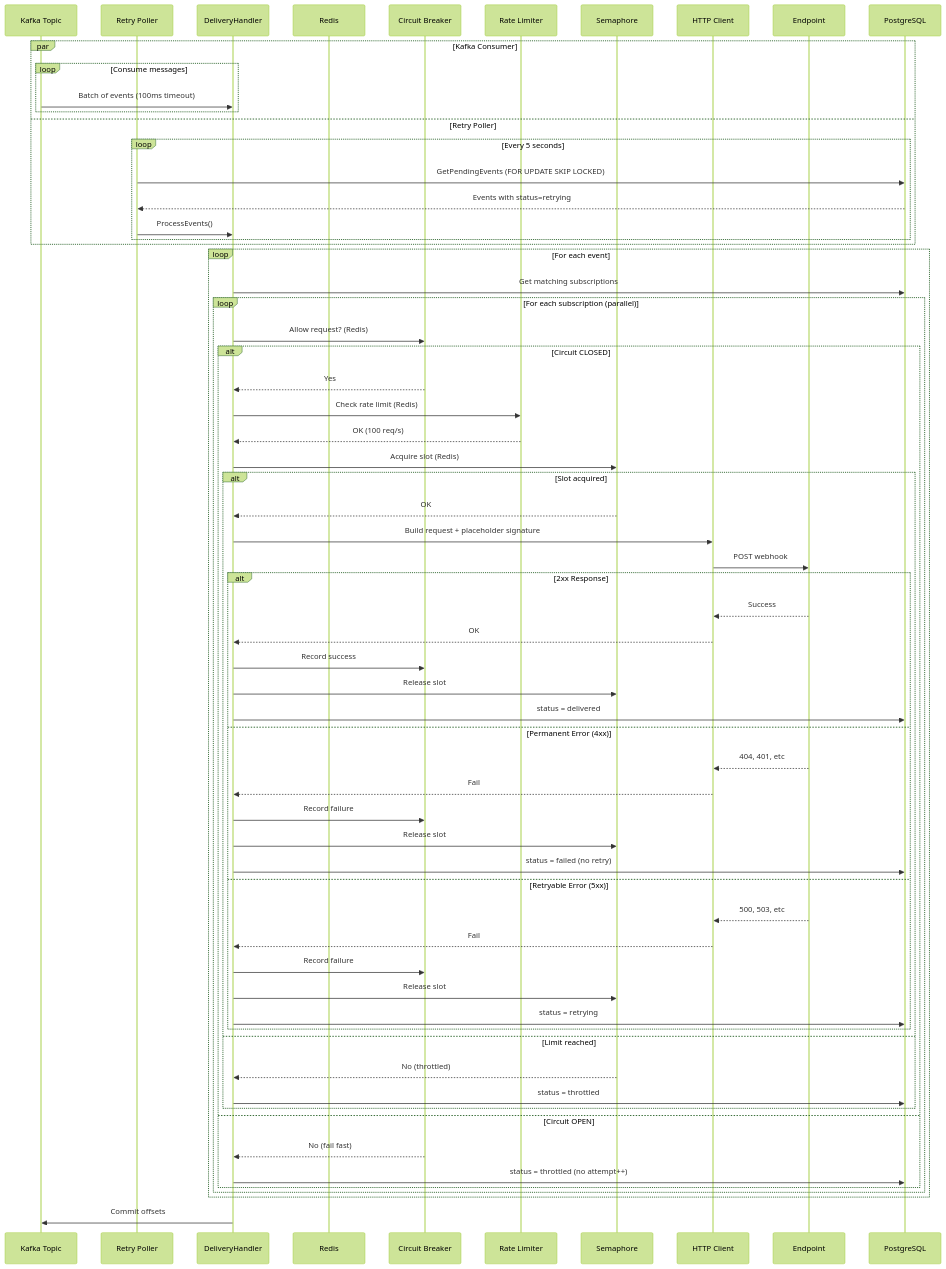
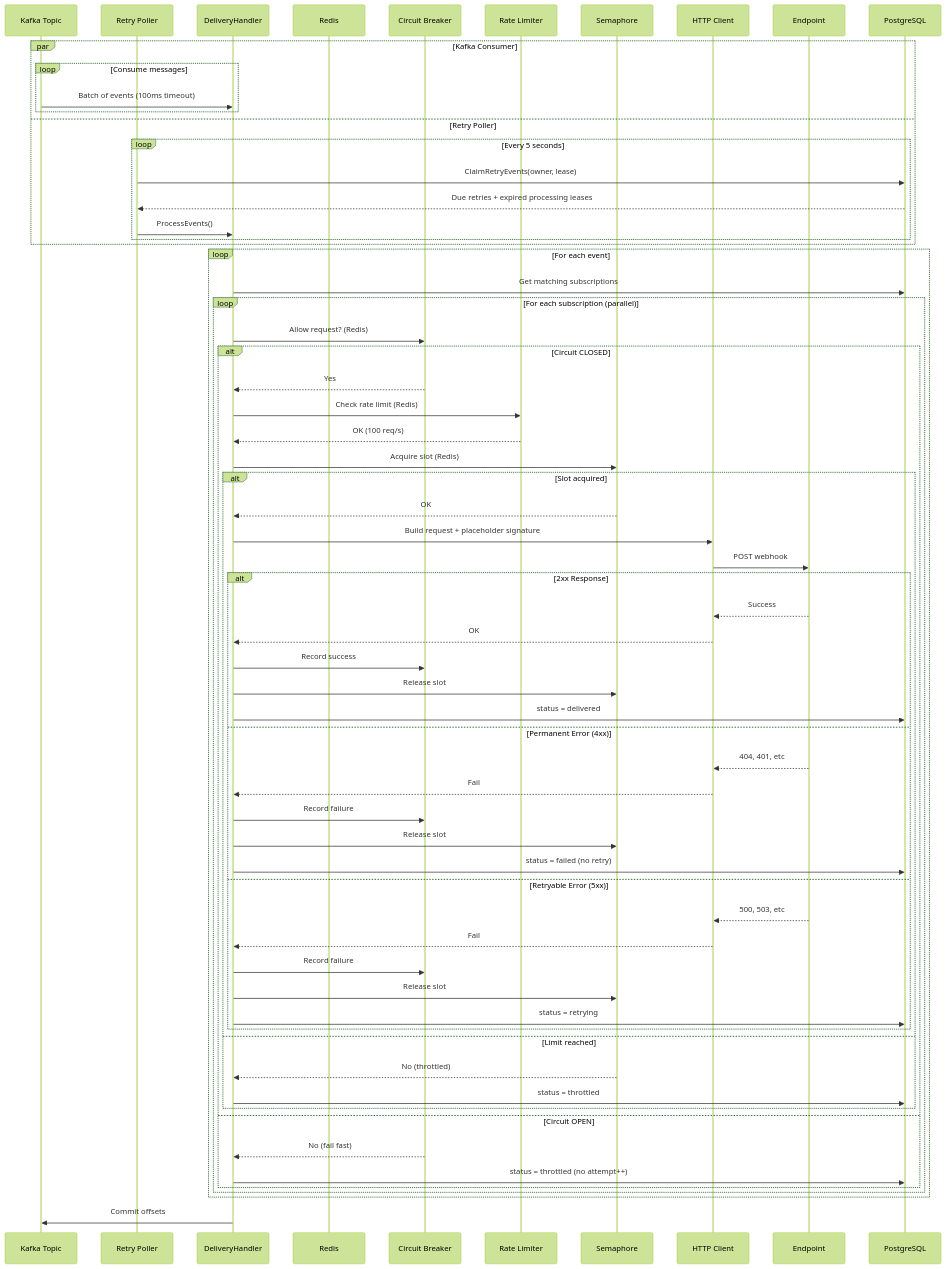
The fifth of 13 diagrams in docs/architecture.md (felipepmaragno/webhook-service), drawn with Mermaid (forest theme) before and after one commit. The commit also changed other lines of this file and 16 other files, not shown here.

Commit message:
docs(plan): close retry lease increment

````diff
--- a/docs/architecture.md
+++ b/docs/architecture.md
@@ -196,75 +196,75 @@
 ```mermaid
 sequenceDiagram
     participant Kafka as Kafka Topic
     participant Poller as Retry Poller
     participant Worker as DeliveryHandler
     participant Redis as Redis
     participant CB as Circuit Breaker
     participant RL as Rate Limiter
     participant Sem as Semaphore
     participant HTTP as HTTP Client
     participant Endpoint
     participant DB as PostgreSQL
 
     par Kafka Consumer
         loop Consume messages
             Kafka->>Worker: Batch of events (100ms timeout)
         end
     and Retry Poller
         loop Every 5 seconds
-            Poller->>DB: GetPendingEvents (FOR UPDATE SKIP LOCKED)
-            DB-->>Poller: Events with status=retrying
+            Poller->>DB: ClaimRetryEvents(owner, lease)
+            DB-->>Poller: Due retries + expired processing leases
             Poller->>Worker: ProcessEvents()
         end
     end
     
     loop For each event
         Worker->>DB: Get matching subscriptions
         
         loop For each subscription (parallel)
             Worker->>CB: Allow request? (Redis)
             
             alt Circuit CLOSED
                 CB-->>Worker: Yes
                 Worker->>RL: Check rate limit (Redis)
                 RL-->>Worker: OK (100 req/s)
                 Worker->>Sem: Acquire slot (Redis)
                 
                 alt Slot acquired
                     Sem-->>Worker: OK
                     Worker->>HTTP: Build request + placeholder signature
                     HTTP->>Endpoint: POST webhook
                     
                     alt 2xx Response
                         Endpoint-->>HTTP: Success
                         HTTP-->>Worker: OK
                         Worker->>CB: Record success
                         Worker->>Sem: Release slot
                         Worker->>DB: status = delivered
                     else Permanent Error (4xx)
                         Endpoint-->>HTTP: 404, 401, etc
                         HTTP-->>Worker: Fail
                         Worker->>CB: Record failure
                         Worker->>Sem: Release slot
                         Worker->>DB: status = failed (no retry)
                     else Retryable Error (5xx)
                         Endpoint-->>HTTP: 500, 503, etc
                         HTTP-->>Worker: Fail
                         Worker->>CB: Record failure
                         Worker->>Sem: Release slot
                         Worker->>DB: status = retrying
                     end
                 else Limit reached
                     Sem-->>Worker: No (throttled)
                     Worker->>DB: status = throttled
                 end
                 
             else Circuit OPEN
                 CB-->>Worker: No (fail fast)
                 Worker->>DB: status = throttled (no attempt++)
             end
         end
     end
     
     Worker->>Kafka: Commit offsets
 ```
````
